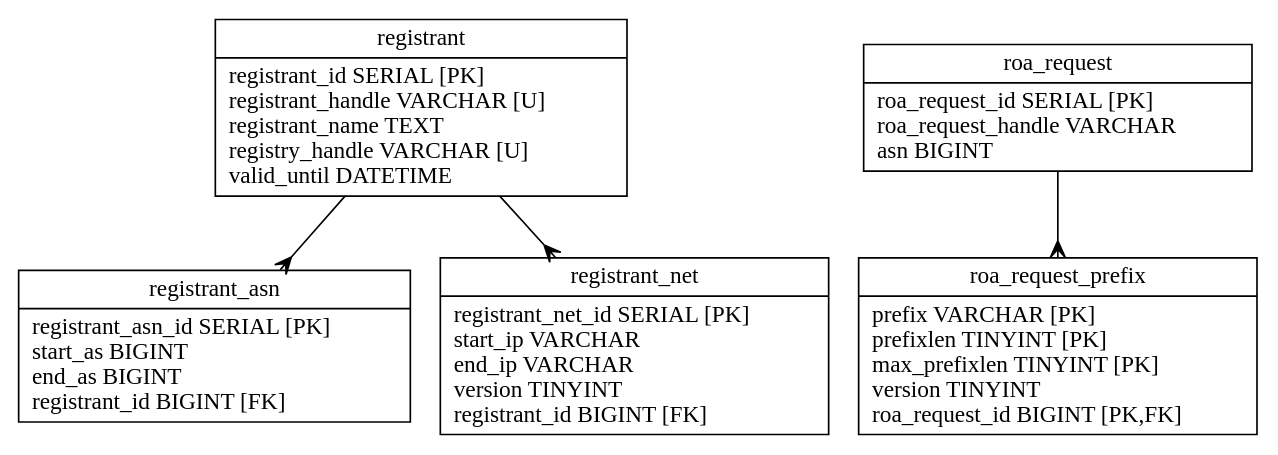
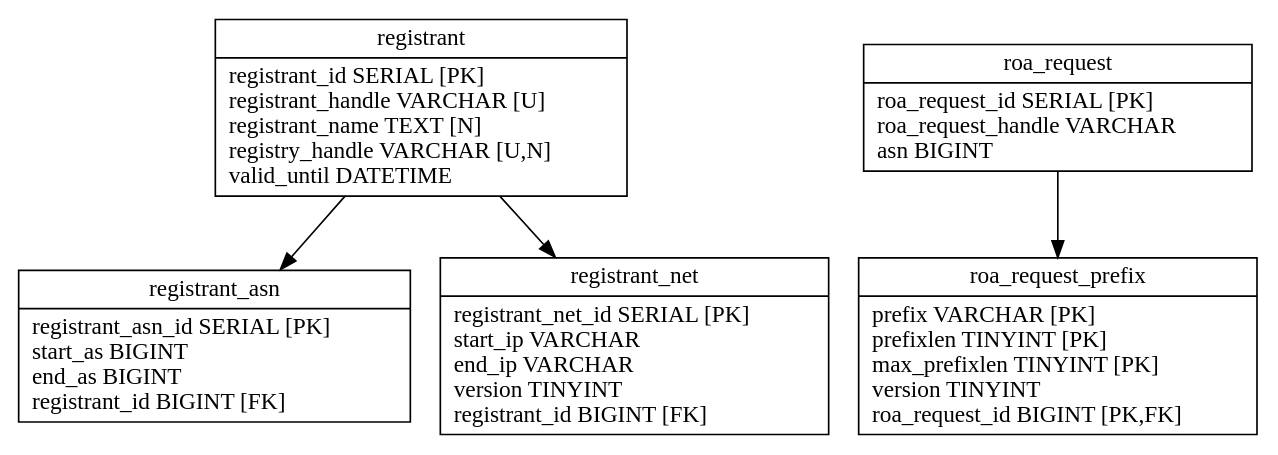
Before and after one commit to dragonresearch/rpki.net: the diagram in rpkid/doc/irdbd.dot, drawn with Graphviz. The commit also changed 29 other files, not shown here.

```diff
--- a/rpkid/doc/irdbd.dot
+++ b/rpkid/doc/irdbd.dot
@@ -1,15 +1,15 @@
 // Automatically generated from irdbd.sql
 
 digraph test {
 	edge [arrowtail=none, arrowhead=crow];
-	graph [ratio=fill, overlap=false, bgcolor=white];
+	graph [ratio=fill, overlap=false];
 	node [label="\N", fillcolor=white, shape=record, style=filled];
-	registrant [label="{registrant\n|registrant_id\ SERIAL\ [PK]\lregistrant_handle\ VARCHAR\ [U]\lregistrant_name\ TEXT\lregistry_handle\ VARCHAR\ [U]\lvalid_until\ DATETIME\l}"];
-	registrant_asn [label="{registrant_asn\n|registrant_asn_id\ SERIAL\ [PK]\lstart_as\ BIGINT\lend_as\ BIGINT\lregistrant_id\ BIGINT\ [FK]\l}"];
-	registrant_net [label="{registrant_net\n|registrant_net_id\ SERIAL\ [PK]\lstart_ip\ VARCHAR\lend_ip\ VARCHAR\lversion\ TINYINT\lregistrant_id\ BIGINT\ [FK]\l}"];
-	roa_request [label="{roa_request\n|roa_request_id\ SERIAL\ [PK]\lroa_request_handle\ VARCHAR\lasn\ BIGINT\l}"];
-	roa_request_prefix [label="{roa_request_prefix\n|prefix\ VARCHAR\ [PK]\lprefixlen\ TINYINT\ [PK]\lmax_prefixlen\ TINYINT\ [PK]\lversion\ TINYINT\lroa_request_id\ BIGINT\ [PK,FK]\l}"];
-	registrant -> registrant_asn;
-	registrant -> registrant_net;
-	roa_request -> roa_request_prefix;
+	node1 [label="{registrant\n|registrant_id\ SERIAL\ [PK]\lregistrant_handle\ VARCHAR\ [U]\lregistrant_name\ TEXT\ [N]\lregistry_handle\ VARCHAR\ [U,N]\lvalid_until\ DATETIME\l}"];
+	node2 [label="{registrant_asn\n|registrant_asn_id\ SERIAL\ [PK]\lstart_as\ BIGINT\lend_as\ BIGINT\lregistrant_id\ BIGINT\ [FK]\l}"];
+	node3 [label="{registrant_net\n|registrant_net_id\ SERIAL\ [PK]\lstart_ip\ VARCHAR\lend_ip\ VARCHAR\lversion\ TINYINT\lregistrant_id\ BIGINT\ [FK]\l}"];
+	node4 [label="{roa_request\n|roa_request_id\ SERIAL\ [PK]\lroa_request_handle\ VARCHAR\lasn\ BIGINT\l}"];
+	node5 [label="{roa_request_prefix\n|prefix\ VARCHAR\ [PK]\lprefixlen\ TINYINT\ [PK]\lmax_prefixlen\ TINYINT\ [PK]\lversion\ TINYINT\lroa_request_id\ BIGINT\ [PK,FK]\l}"];
+	node1 -> node2 [arrowhead=normal];
+	node1 -> node3 [arrowhead=normal];
+	node4 -> node5 [arrowhead=normal];
 }
```
